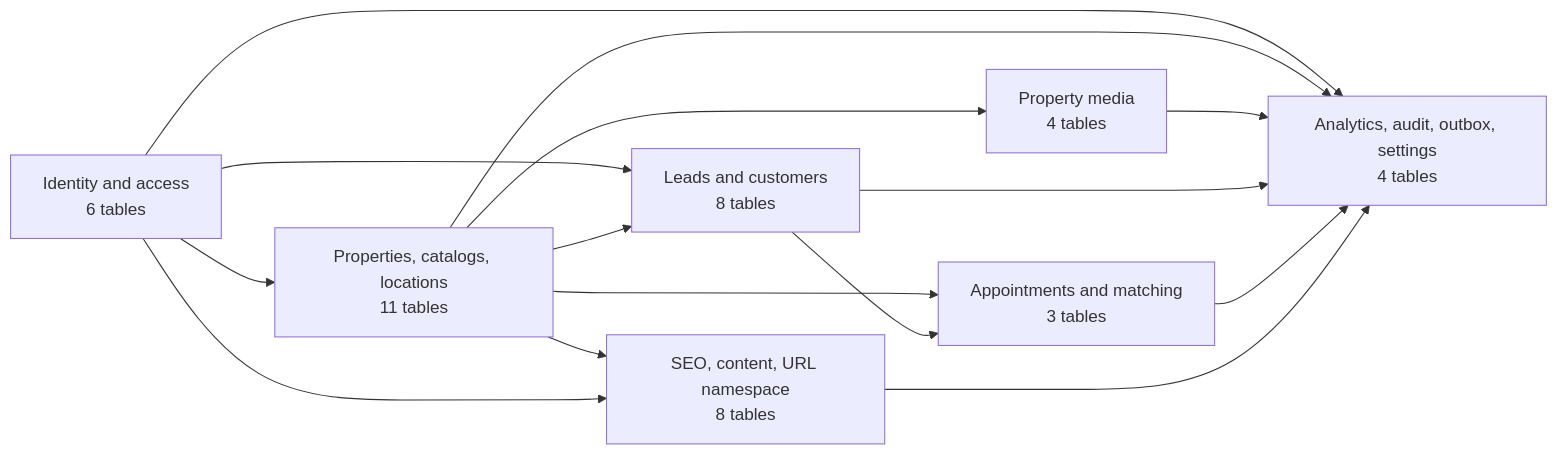
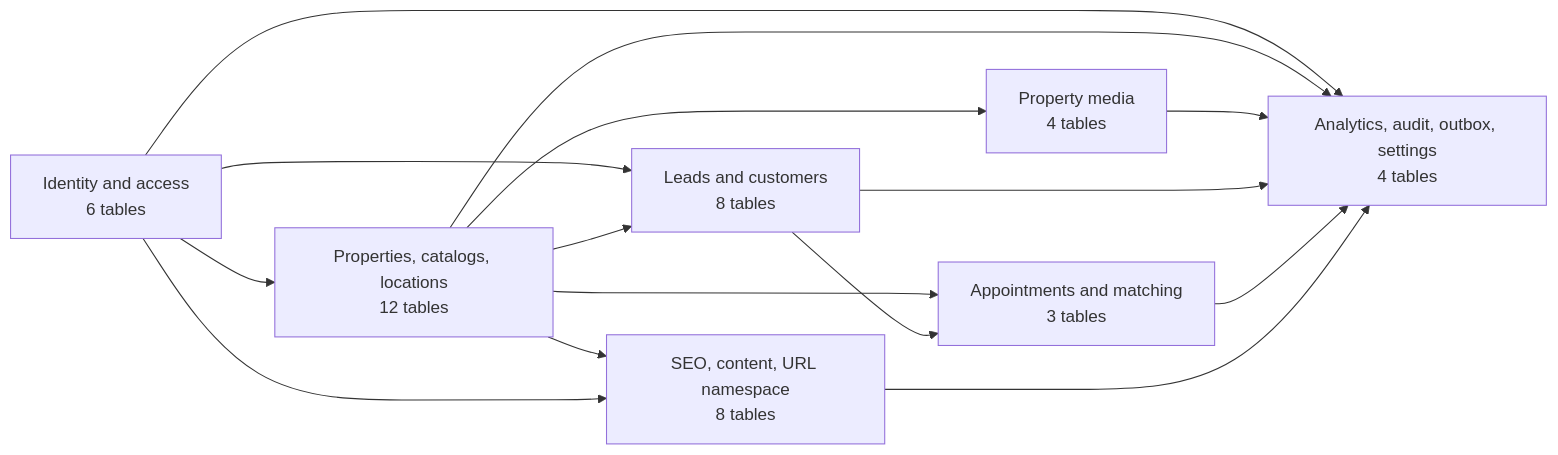
Before and after one commit to aydemir0/emlak-platformu: the first of 8 diagrams in docs/database/erd.md, drawn with Mermaid. The commit also changed other lines of this file and 69 other files, not shown here.

````diff
--- a/docs/database/erd.md
+++ b/docs/database/erd.md
@@ -9,17 +9,17 @@
 ```mermaid
 flowchart LR
-  IA["Identity and access\n6 tables"] --> PR["Properties, catalogs, locations\n11 tables"]
+  IA["Identity and access\n6 tables"] --> PR["Properties, catalogs, locations\n12 tables"]
   IA --> CRM["Leads and customers\n8 tables"]
   PR --> MED["Property media\n4 tables"]
   PR --> CRM
   PR --> AM["Appointments and matching\n3 tables"]
   CRM --> AM
   PR --> SEO["SEO, content, URL namespace\n8 tables"]
   IA --> SEO
   IA --> OPS["Analytics, audit, outbox, settings\n4 tables"]
   PR --> OPS
   MED --> OPS
   CRM --> OPS
   AM --> OPS
   SEO --> OPS
 ```
````
